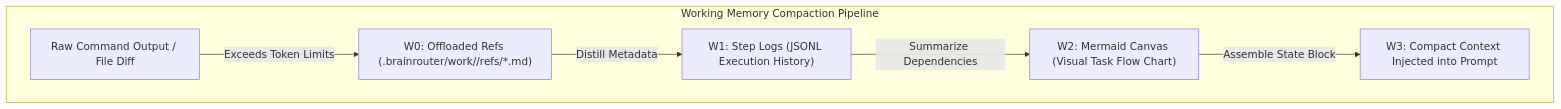
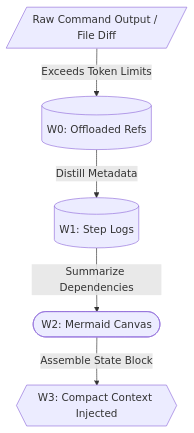
One commit to kinqsradiollc/BrainRouter changed the third of 4 diagrams in BRAINROUTER.md. Above: the diagram before and after it, drawn with Mermaid. The commit also changed other lines of this file and 1 other file, not shown here.

Commit message:
docs: improve mermaid graph rendering for github dark mode and responsiveness

````diff
--- a/BRAINROUTER.md
+++ b/BRAINROUTER.md
@@ -214,16 +206,14 @@
 ```mermaid
 graph TD
-    subgraph "Working Memory Compaction Pipeline"
-        payload["Raw Command Output / File Diff"]
-        
-        W0["W0: Offloaded Refs (.brainrouter/work/<session>/refs/*.md)"]
-        W1["W1: Step Logs (JSONL Execution History)"]
-        W2["W2: Mermaid Canvas (Visual Task Flow Chart)"]
-        W3["W3: Compact Context Injected into Prompt"]
+    payload[/"Raw Command Output / File Diff"/]
+    
+    W0[(W0: Offloaded Refs)]
+    W1[(W1: Step Logs)]
+    W2([W2: Mermaid Canvas])
+    W3{{W3: Compact Context Injected}}
 
-        payload -->|Exceeds Token Limits| W0
-        W0 -->|Distill Metadata| W1
-        W1 -->|Summarize Dependencies| W2
-        W2 -->|Assemble State Block| W3
-    end
+    payload -->|Exceeds Token Limits| W0
+    W0 -->|Distill Metadata| W1
+    W1 -->|Summarize Dependencies| W2
+    W2 -->|Assemble State Block| W3
 ```
````
